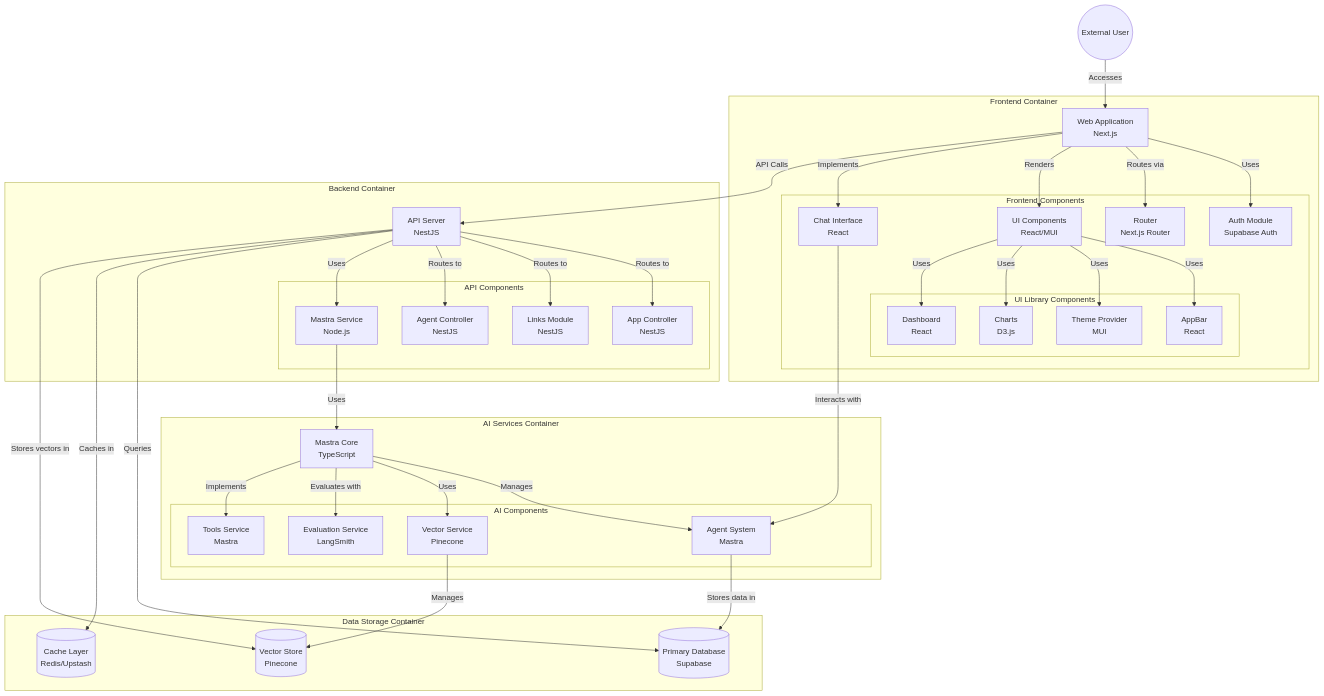
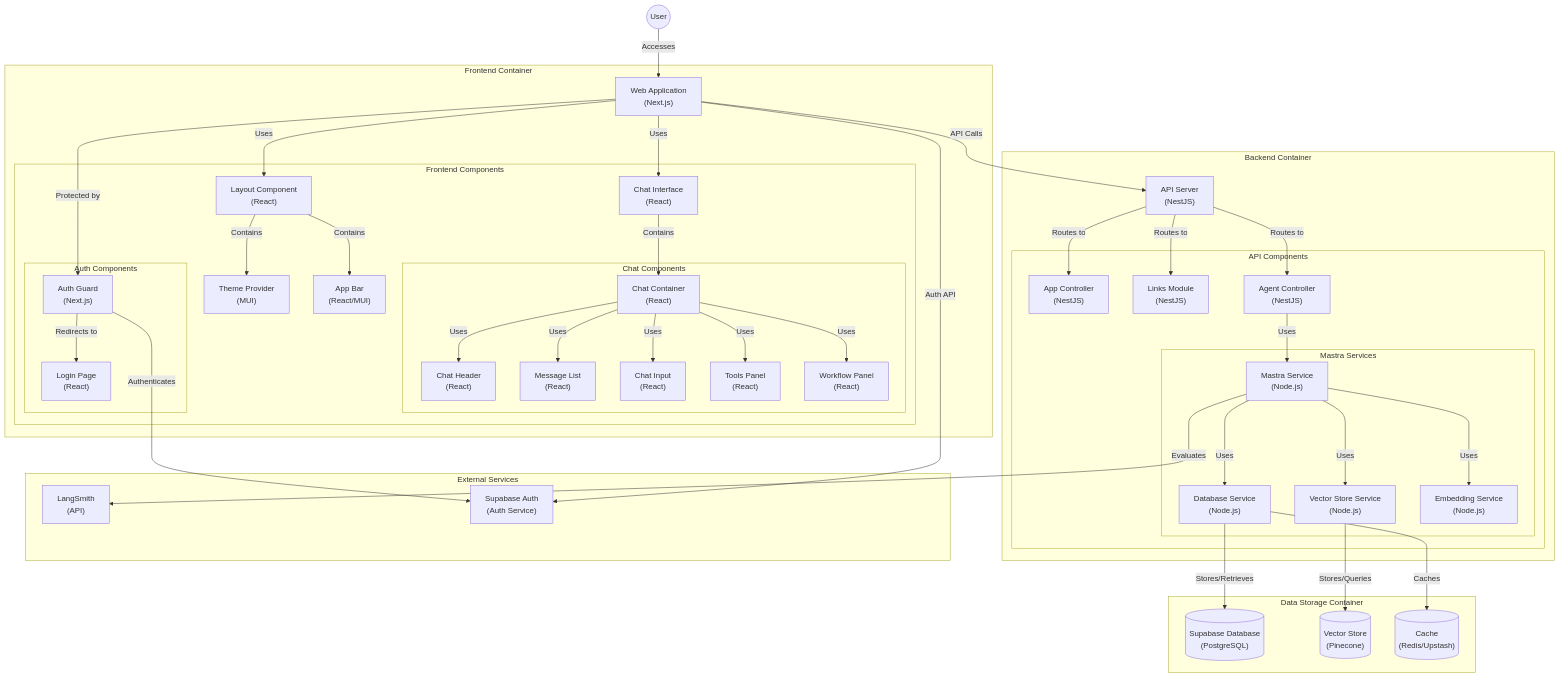
One commit to ssdeanx/AcidBomb changed the second of 2 diagrams in README.md. Above: the diagram before and after it, drawn with Mermaid. The commit also changed 1 other file, not shown here.

Commit message:
Add system diagram for Mastra architecture in draw.io format

````diff
--- a/README.md
+++ b/README.md
@@ -273,85 +273,92 @@
 ```mermaid
 graph TB
-    User((External User))
+    User((User))
 
     subgraph "Frontend Container"
-        WebApp["Web Application<br>Next.js"]
+        WebApp["Web Application<br>(Next.js)"]
 
         subgraph "Frontend Components"
-            AuthModule["Auth Module<br>Supabase Auth"]
-            Router["Router<br>Next.js Router"]
-            UIComponents["UI Components<br>React/MUI"]
-            ChatComponents["Chat Interface<br>React"]
+            AppLayout["Layout Component<br>(React)"]
+            ThemeProvider["Theme Provider<br>(MUI)"]
+            AppBar["App Bar<br>(React/MUI)"]
+            ChatInterface["Chat Interface<br>(React)"]
 
-            subgraph "UI Library Components"
-                AppBar["AppBar<br>React"]
-                ThemeProvider["Theme Provider<br>MUI"]
-                Charts["Charts<br>D3.js"]
-                Dashboard["Dashboard<br>React"]
+            subgraph "Chat Components"
+                ChatContainer["Chat Container<br>(React)"]
+                ChatHeader["Chat Header<br>(React)"]
+                ChatMessageList["Message List<br>(React)"]
+                ChatInput["Chat Input<br>(React)"]
+                ChatToolsPanel["Tools Panel<br>(React)"]
+                ChatWorkflowPanel["Workflow Panel<br>(React)"]
+            end
+
+            subgraph "Auth Components"
+                AuthGuard["Auth Guard<br>(Next.js)"]
+                LoginPage["Login Page<br>(React)"]
             end
         end
     end
 
     subgraph "Backend Container"
-        APIServer["API Server<br>NestJS"]
+        APIServer["API Server<br>(NestJS)"]
 
         subgraph "API Components"
-            AppController["App Controller<br>NestJS"]
-            LinksModule["Links Module<br>NestJS"]
-            AgentController["Agent Controller<br>NestJS"]
-            MastraService["Mastra Service<br>Node.js"]
+            AppController["App Controller<br>(NestJS)"]
+            LinksModule["Links Module<br>(NestJS)"]
+            AgentController["Agent Controller<br>(NestJS)"]
+
+            subgraph "Mastra Services"
+                MastraService["Mastra Service<br>(Node.js)"]
+                DatabaseService["Database Service<br>(Node.js)"]
+                VectorStoreService["Vector Store Service<br>(Node.js)"]
+                EmbeddingService["Embedding Service<br>(Node.js)"]
+            end
         end
     end
 
     subgraph "Data Storage Container"
-        SupabaseDB[("Primary Database<br>Supabase")]
-        RedisCache[("Cache Layer<br>Redis/Upstash")]
-        VectorStore[("Vector Store<br>Pinecone")]
+        SupabaseDB[("Supabase Database<br>(PostgreSQL)")]
+        VectorStore[("Vector Store<br>(Pinecone)")]
+        RedisCache[("Cache<br>(Redis/Upstash)")]
     end
 
-    subgraph "AI Services Container"
-        MastraCore["Mastra Core<br>TypeScript"]
-
-        subgraph "AI Components"
-            AgentSystem["Agent System<br>Mastra"]
-            VectorService["Vector Service<br>Pinecone"]
-            EvalService["Evaluation Service<br>LangSmith"]
-            ToolsService["Tools Service<br>Mastra"]
-        end
+    subgraph "External Services"
+        LangSmith["LangSmith<br>(API)"]
+        Supabase["Supabase Auth<br>(Auth Service)"]
     end
 
     %% Frontend Relationships
     User -->|"Accesses"| WebApp
-    WebApp -->|"Uses"| AuthModule
-    WebApp -->|"Routes via"| Router
-    WebApp -->|"Renders"| UIComponents
-    WebApp -->|"Implements"| ChatComponents
-    UIComponents -->|"Uses"| AppBar
-    UIComponents -->|"Uses"| ThemeProvider
-    UIComponents -->|"Uses"| Charts
-    UIComponents -->|"Uses"| Dashboard
+    WebApp -->|"Uses"| AppLayout
+    AppLayout -->|"Contains"| ThemeProvider
+    AppLayout -->|"Contains"| AppBar
+    WebApp -->|"Uses"| ChatInterface
+    ChatInterface -->|"Contains"| ChatContainer
+    ChatContainer -->|"Uses"| ChatHeader
+    ChatContainer -->|"Uses"| ChatMessageList
+    ChatContainer -->|"Uses"| ChatInput
+    ChatContainer -->|"Uses"| ChatToolsPanel
+    ChatContainer -->|"Uses"| ChatWorkflowPanel
+    WebApp -->|"Protected by"| AuthGuard
+    AuthGuard -->|"Redirects to"| LoginPage
 
     %% Backend Relationships
     WebApp -->|"API Calls"| APIServer
     APIServer -->|"Routes to"| AppController
     APIServer -->|"Routes to"| LinksModule
     APIServer -->|"Routes to"| AgentController
-    APIServer -->|"Uses"| MastraService
+    AgentController -->|"Uses"| MastraService
+    MastraService -->|"Uses"| DatabaseService
+    MastraService -->|"Uses"| VectorStoreService
+    MastraService -->|"Uses"| EmbeddingService
 
     %% Data Storage Relationships
-    APIServer -->|"Queries"| SupabaseDB
-    APIServer -->|"Caches in"| RedisCache
-    APIServer -->|"Stores vectors in"| VectorStore
+    DatabaseService -->|"Stores/Retrieves"| SupabaseDB
+    VectorStoreService -->|"Stores/Queries"| VectorStore
+    DatabaseService -->|"Caches"| RedisCache
 
-    %% AI Service Relationships
-    MastraService -->|"Uses"| MastraCore
-    MastraCore -->|"Manages"| AgentSystem
-    MastraCore -->|"Uses"| VectorService
-    MastraCore -->|"Evaluates with"| EvalService
-    MastraCore -->|"Implements"| ToolsService
-
-    %% Cross-Container Relationships
-    AgentSystem -->|"Stores data in"| SupabaseDB
-    VectorService -->|"Manages"| VectorStore
-    ChatComponents -->|"Interacts with"| AgentSystem
+    %% External Service Relationships
+    MastraService -->|"Evaluates"| LangSmith
+    AuthGuard -->|"Authenticates"| Supabase
+    WebApp -->|"Auth API"| Supabase
 ```
````
